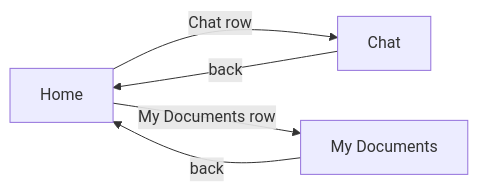
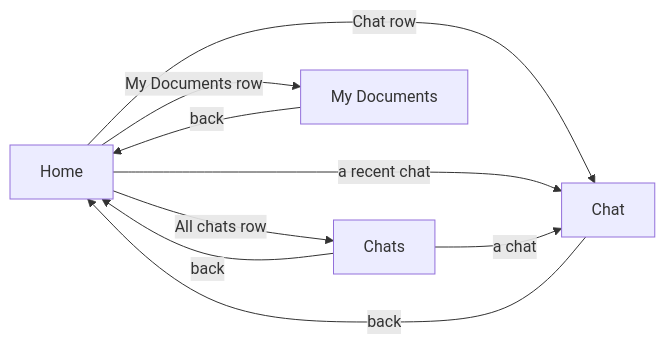
Before and after one commit to arberhh/multimodal-rag: the first of 2 diagrams in docs/app.md, drawn with Mermaid. The commit also changed other lines of this file and 13 other files, not shown here.

First line of the commit message:
arb-87: load the recent chats on start, and add a run-app skill (#18)

````diff
--- a/docs/app.md
+++ b/docs/app.md
@@ -15,7 +16,11 @@
 ```mermaid
 flowchart LR
   Home -- "Chat row" --> Chat
+  Home -- "a recent chat" --> Chat
+  Home -- "All chats row" --> Chats
   Home -- "My Documents row" --> Docs[My Documents]
+  Chats -- "a chat" --> Chat
   Chat -- "back" --> Home
+  Chats -- "back" --> Home
   Docs -- "back" --> Home
 ```
````
